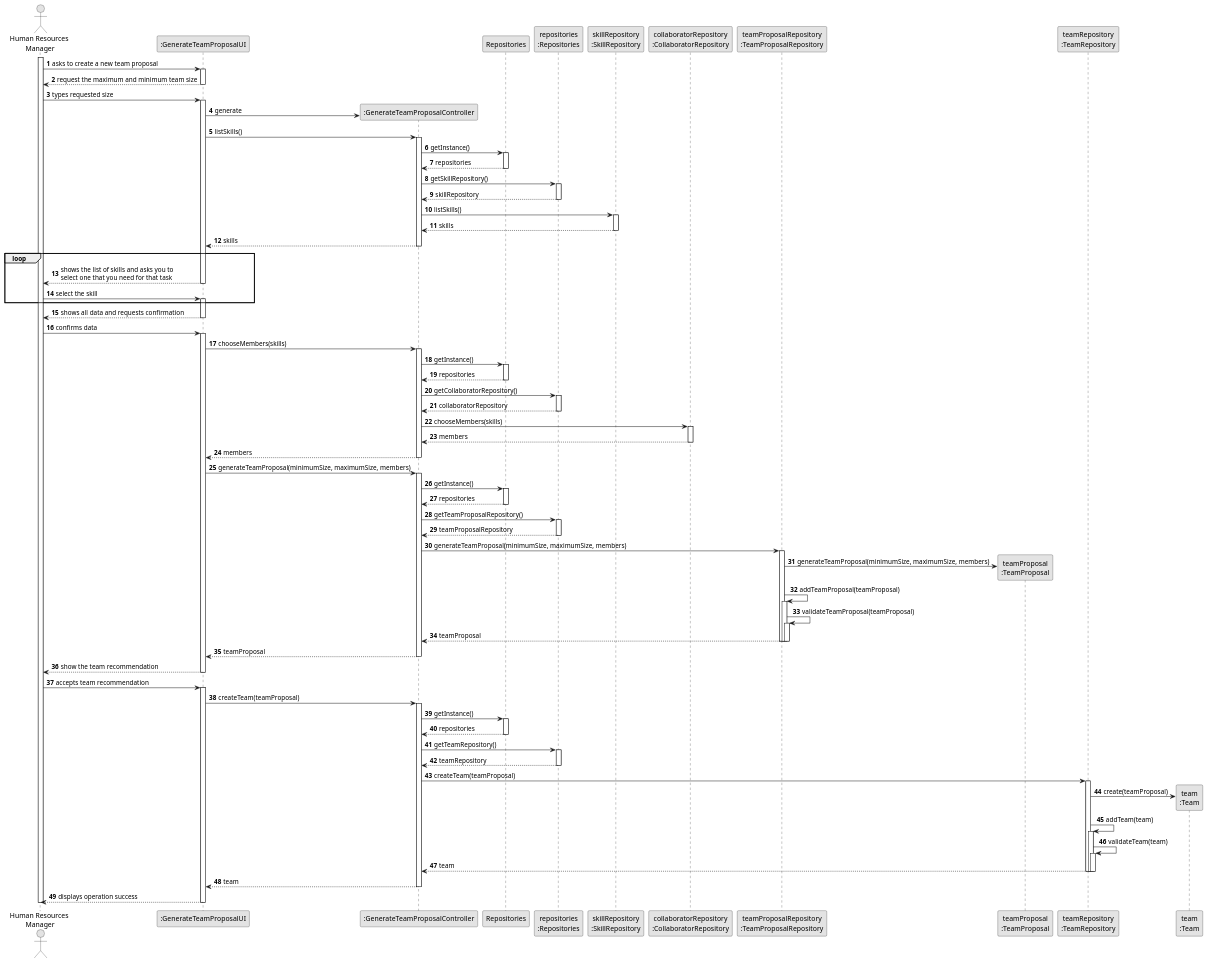
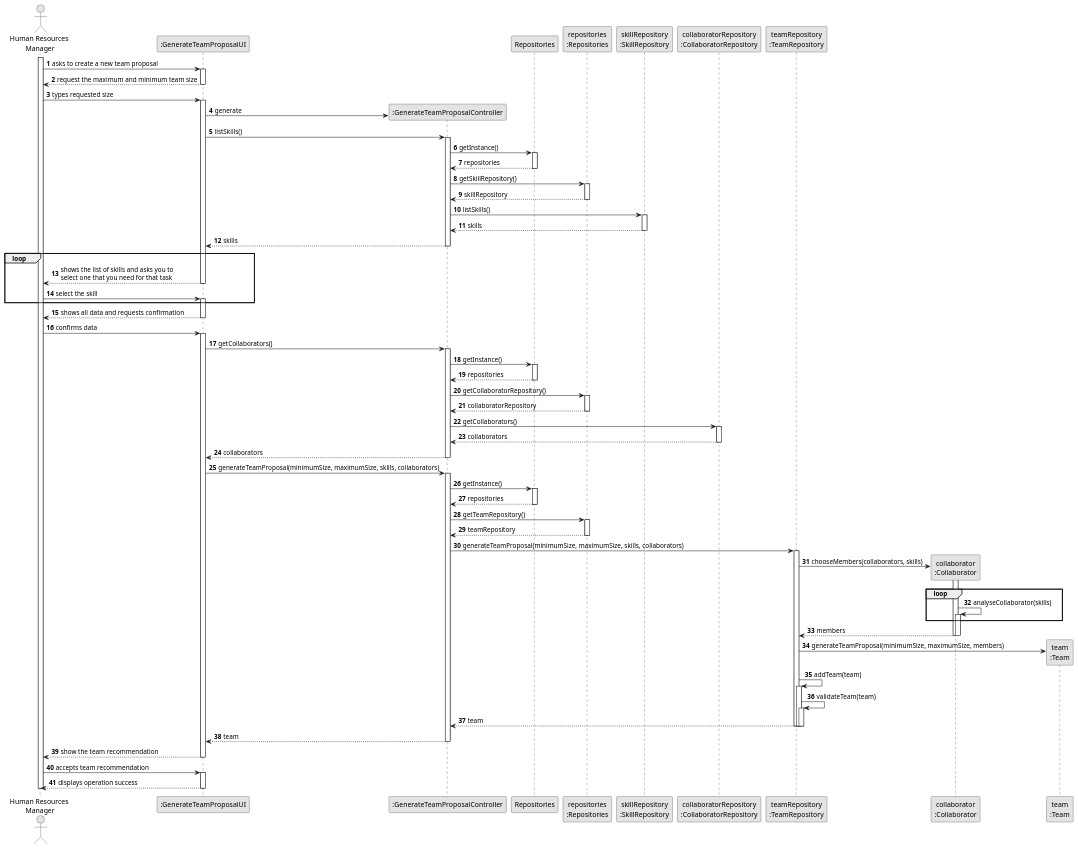
Before and after one commit to diogoveirospro/lei-24-s2-1dg-g072: the diagram in docs/sprintB/us005/03.design/puml/us005-sequence-diagram-full.puml, drawn with PlantUML. The commit also changed 11 other files, not shown here.

Commit message:
Some changes to the US05 sequence diagrams

```diff
--- a/docs/sprintB/us005/03.design/puml/us005-sequence-diagram-full.puml
+++ b/docs/sprintB/us005/03.design/puml/us005-sequence-diagram-full.puml
@@ -1,183 +1,160 @@
 @startuml
 skinparam monochrome true
 skinparam packageStyle rectangle
 skinparam shadowing false
 
 autonumber
 
 'hide footbox
 actor "Human Resources\n Manager" as HRM
 participant ":GenerateTeamProposalUI" as UI
 participant ":GenerateTeamProposalController" as CTRL
 participant Repositories
 participant "repositories\n:Repositories" as REP
 participant "skillRepository\n:SkillRepository" as SKILLREP
 participant "collaboratorRepository\n:CollaboratorRepository" as COLREP
-participant "teamProposalRepository\n:TeamProposalRepository" as TEAMPROREP
-participant "teamProposal\n:TeamProposal" as teamProposal
 participant "teamRepository\n:TeamRepository" as TEAMREP
+participant "collaborator\n:Collaborator" as COLLAB
 participant "team\n:Team" as team
 
 activate HRM
 
     HRM -> UI : asks to create a new team proposal
     activate UI
 
         UI --> HRM : request the maximum and minimum team size
     deactivate UI
 
     HRM -> UI : types requested size
     activate UI
 
         UI -> CTRL** : generate
 
 
         UI -> CTRL : listSkills()
         activate CTRL
 
            CTRL -> Repositories: getInstance()
            activate Repositories
 
                 Repositories --> CTRL: repositories
            deactivate Repositories
 
            CTRL -> REP: getSkillRepository()
            activate REP
 
                 REP --> CTRL: skillRepository
            deactivate REP
 
             CTRL -> SKILLREP : listSkills()
             activate SKILLREP
 
                 SKILLREP --> CTRL : skills
             deactivate SKILLREP
 
             CTRL --> UI : skills
         deactivate CTRL
 
     loop
         UI --> HRM: shows the list of skills and asks you to \nselect one that you need for that task
     deactivate UI
 
     HRM -> UI: select the skill
     activate UI
 
     end
 
         UI --> HRM: shows all data and requests confirmation
     deactivate UI
 
     HRM -> UI: confirms data
     activate UI
 
-        UI -> CTRL: chooseMembers(skills)
+        UI -> CTRL: getCollaborators()
         activate CTRL
 
             CTRL -> Repositories: getInstance()
             activate Repositories
 
                 Repositories --> CTRL: repositories
             deactivate Repositories
 
             CTRL -> REP: getCollaboratorRepository()
             activate REP
 
                 REP --> CTRL: collaboratorRepository
             deactivate REP
 
-            CTRL -> COLREP: chooseMembers(skills)
+            CTRL -> COLREP: getCollaborators()
             activate COLREP
 
-                COLREP --> CTRL: members
+                COLREP --> CTRL: collaborators
             deactivate COLREP
 
-            CTRL --> UI: members
+            CTRL --> UI: collaborators
         deactivate CTRL
 
-        UI -> CTRL: generateTeamProposal(minimumSize, maximumSize, members)
-        activate CTRL
-
-            CTRL -> Repositories: getInstance()
-            activate Repositories
-
-                Repositories --> CTRL: repositories
-            deactivate Repositories
-
-            CTRL -> REP: getTeamProposalRepository()
-            activate REP
-
-                REP --> CTRL: teamProposalRepository
-            deactivate REP
-
-            CTRL -> TEAMPROREP: generateTeamProposal(minimumSize, maximumSize, members)
-            activate TEAMPROREP
-
-                TEAMPROREP -> teamProposal**: generateTeamProposal(minimumSize, maximumSize, members)
-
-                    TEAMPROREP -> TEAMPROREP : addTeamProposal(teamProposal)
-                    activate TEAMPROREP
-
-                    TEAMPROREP -> TEAMPROREP : validateTeamProposal(teamProposal)
-                    activate TEAMPROREP
-
-                TEAMPROREP --> CTRL: teamProposal
-
-                deactivate TEAMPROREP
-
-                deactivate TEAMPROREP
-
-                
-            deactivate TEAMPROREP
-
-            CTRL --> UI: teamProposal
-        deactivate CTRL
-
-        UI --> HRM: show the team recommendation
-    deactivate UI
-
-    HRM -> UI: accepts team recommendation
-    activate UI
-
-        UI -> CTRL: createTeam(teamProposal)
+        UI -> CTRL: generateTeamProposal(minimumSize, maximumSize, skills, collaborators)
         activate CTRL
 
             CTRL -> Repositories: getInstance()
             activate Repositories
 
                 Repositories --> CTRL: repositories
             deactivate Repositories
 
             CTRL -> REP: getTeamRepository()
             activate REP
 
                 REP --> CTRL: teamRepository
             deactivate REP
 
-            CTRL -> TEAMREP: createTeam(teamProposal)
+            CTRL -> TEAMREP: generateTeamProposal(minimumSize, maximumSize, skills, collaborators)
             activate TEAMREP
 
-                TEAMREP -> team**: create(teamProposal)
+                TEAMREP -> COLLAB**: chooseMembers(collaborators, skills)
+                activate COLLAB
+                loop
+                    COLLAB -> COLLAB: analyseCollaborator(skills)
+                    activate COLLAB
+                end
+                    COLLAB --> TEAMREP: members
 
-                    TEAMREP -> TEAMREP: addTeam(team)
+                    deactivate COLLAB
+
+                deactivate COLLAB
+
+
+
+                TEAMREP -> team**: generateTeamProposal(minimumSize, maximumSize, members)
+
+                    TEAMREP -> TEAMREP : addTeam(team)
                     activate TEAMREP
 
-                    TEAMREP -> TEAMREP: validateTeam(team)
+                    TEAMREP -> TEAMREP : validateTeam(team)
                     activate TEAMREP
 
                 TEAMREP --> CTRL: team
+
+                deactivate TEAMREP
+
+                deactivate TEAMREP
+
+                
             deactivate TEAMREP
-
-                    deactivate TEAMREP
-
-                    deactivate TEAMREP
 
             CTRL --> UI: team
         deactivate CTRL
+
+        UI --> HRM: show the team recommendation
+    deactivate UI
+
+    HRM -> UI: accepts team recommendation
+    activate UI
 
         UI --> HRM: displays operation success
     deactivate UI
 
 deactivate HRM
 
 @enduml
```
